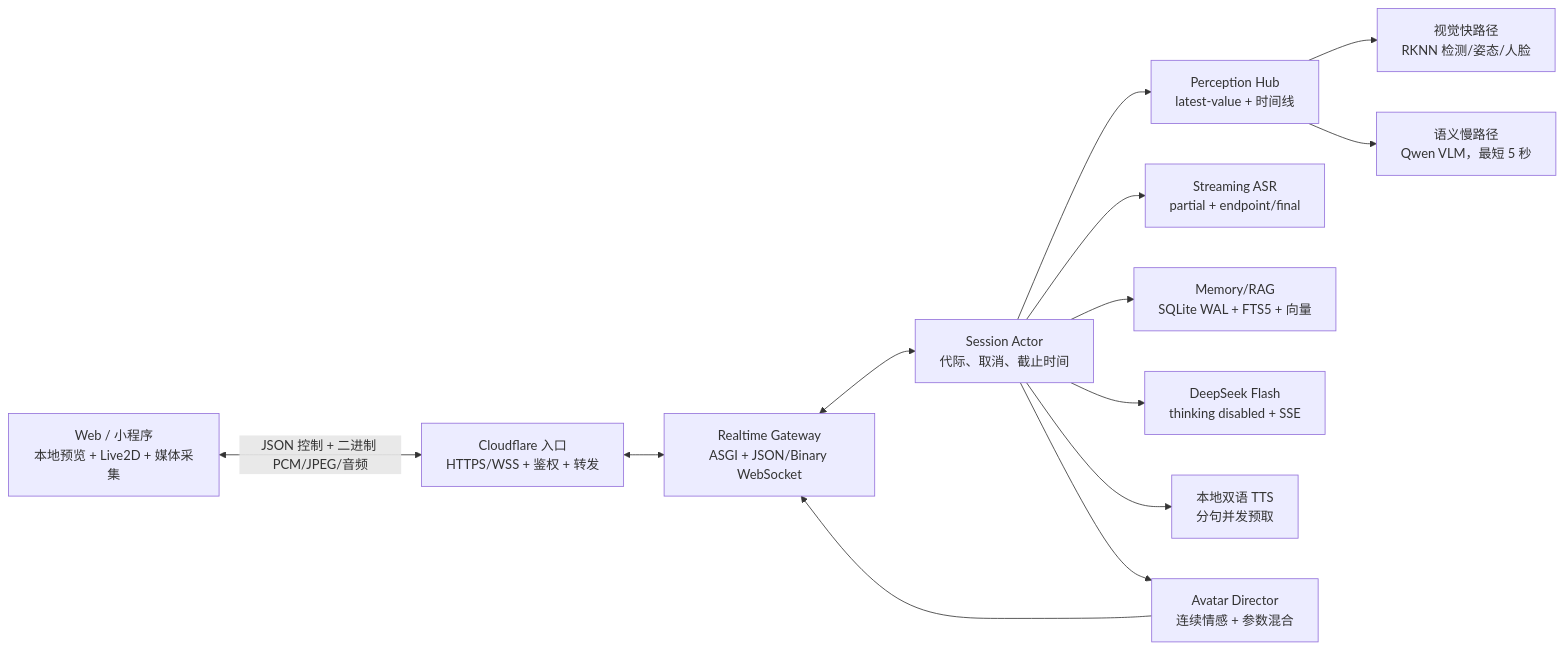
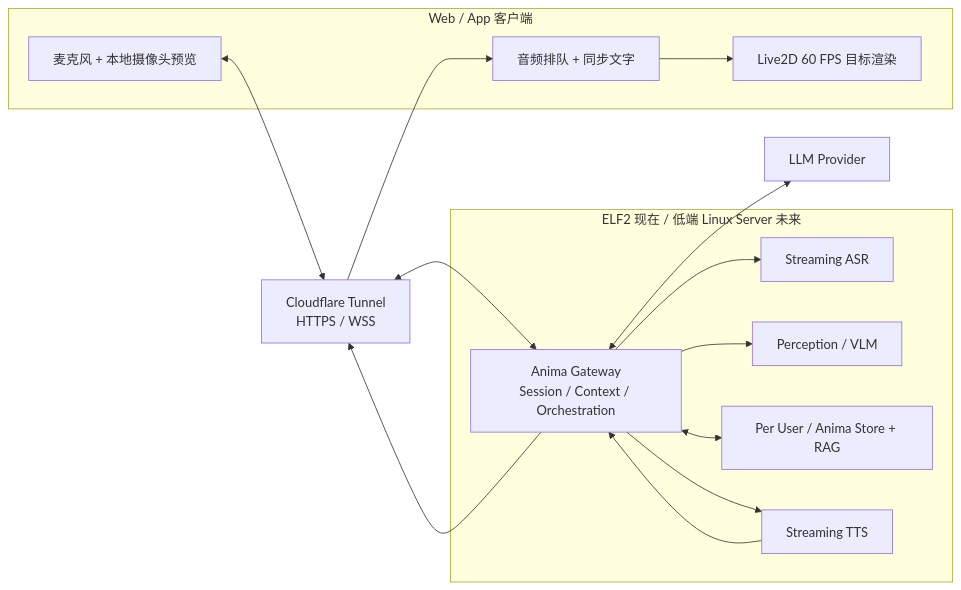
Before and after one commit to rayL-K/Viusual_Companion_Robot: the diagram in new_code/docs/architecture.md, drawn with Mermaid. The commit also changed other lines of this file and 30 other files, not shown here.

````diff
--- a/new_code/docs/architecture.md
+++ b/new_code/docs/architecture.md
@@ -19,28 +16,28 @@
 ```mermaid
 flowchart LR
-  UI["Web / 小程序\n本地预览 + Live2D + 媒体采集"]
-  EDGE["Cloudflare 入口\nHTTPS/WSS + 鉴权 + 转发"]
-  GW["Realtime Gateway\nASGI + JSON/Binary WebSocket"]
-  ACTOR["Session Actor\n代际、取消、截止时间"]
-  PH["Perception Hub\nlatest-value + 时间线"]
-  FAST["视觉快路径\nRKNN 检测/姿态/人脸"]
-  SEM["语义慢路径\nQwen VLM，最短 5 秒"]
-  ASR["Streaming ASR\npartial + endpoint/final"]
-  MEM["Memory/RAG\nSQLite WAL + FTS5 + 向量"]
-  LLM["DeepSeek Flash\nthinking disabled + SSE"]
-  TTS["本地双语 TTS\n分句并发预取"]
-  AV["Avatar Director\n连续情感 + 参数混合"]
+  subgraph Client["Web / App 客户端"]
+    Media["麦克风 + 本地摄像头预览"]
+    Live2D["Live2D 60 FPS 目标渲染"]
+    Playback["音频排队 + 同步文字"]
+  end
 
-  UI <-->|"JSON 控制 + 二进制 PCM/JPEG/音频"| EDGE
-  EDGE <--> GW
-  GW <--> ACTOR
-  ACTOR --> PH
-  PH --> FAST
-  PH --> SEM
-  ACTOR --> ASR
-  ACTOR --> MEM
-  ACTOR --> LLM
-  ACTOR --> TTS
-  ACTOR --> AV
-  AV --> GW
+  Edge["Cloudflare Tunnel\nHTTPS / WSS"]
+
+  subgraph Host["ELF2 现在 / 低端 Linux Server 未来"]
+    Gateway["Anima Gateway\nSession / Context / Orchestration"]
+    ASR["Streaming ASR"]
+    Vision["Perception / VLM"]
+    Memory["Per User / Anima Store + RAG"]
+    TTS["Streaming TTS"]
+  end
+
+  LLM["LLM Provider"]
+
+  Media <--> Edge <--> Gateway
+  Gateway --> ASR
+  Gateway --> Vision
+  Gateway <--> Memory
+  Gateway <--> LLM
+  Gateway --> TTS --> Gateway
+  Gateway --> Edge --> Playback --> Live2D
 ```
````
